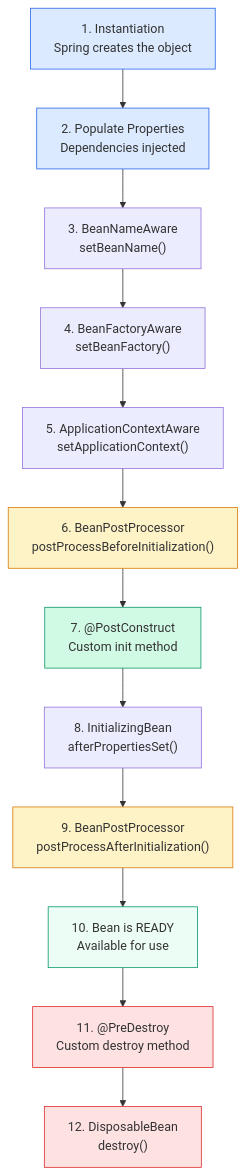
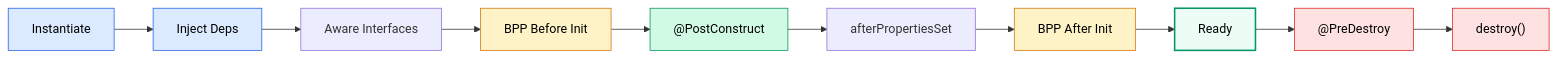
One commit to saivamsikaruturi/vamsilabs-dev-notes-main changed the third of 5 diagrams in docs/springboot/SpringIOC.md. Above: the diagram before and after it, drawn with Mermaid. The commit also changed other lines of this file and 146 other files, not shown here.

Commit message:
Horizontal diagrams, UML class diagrams, typography overhaul, and permalink cleanup

````diff
--- a/docs/springboot/SpringIOC.md
+++ b/docs/springboot/SpringIOC.md
@@ -96,23 +109,21 @@
 ```mermaid
-flowchart TD
-    A["1. Instantiation<br/>Spring creates the object"] --> B["2. Populate Properties<br/>Dependencies injected"]
-    B --> C["3. BeanNameAware<br/>setBeanName()"]
-    C --> D["4. BeanFactoryAware<br/>setBeanFactory()"]
-    D --> E["5. ApplicationContextAware<br/>setApplicationContext()"]
-    E --> F["6. BeanPostProcessor<br/>postProcessBeforeInitialization()"]
-    F --> G["7. @PostConstruct<br/>Custom init method"]
-    G --> H["8. InitializingBean<br/>afterPropertiesSet()"]
-    H --> I["9. BeanPostProcessor<br/>postProcessAfterInitialization()"]
-    I --> J["10. Bean is READY<br/>Available for use"]
-    J --> K["11. @PreDestroy<br/>Custom destroy method"]
-    K --> L["12. DisposableBean<br/>destroy()"]
+flowchart LR
+    A["Instantiate"] --> B["Inject Deps"]
+    B --> C["Aware Interfaces"]
+    C --> D["BPP Before Init"]
+    D --> E["@PostConstruct"]
+    E --> F["afterPropertiesSet"]
+    F --> G["BPP After Init"]
+    G --> H["Ready"]
+    H --> I["@PreDestroy"]
+    I --> J["destroy()"]
 
-    style A fill:#DBEAFE,stroke:#2563EB
-    style B fill:#DBEAFE,stroke:#2563EB
-    style F fill:#FEF3C7,stroke:#D97706
-    style G fill:#D1FAE5,stroke:#059669
-    style I fill:#FEF3C7,stroke:#D97706
-    style J fill:#ECFDF5,stroke:#059669
-    style K fill:#FEE2E2,stroke:#DC2626
-    style L fill:#FEE2E2,stroke:#DC2626
+    style A fill:#DBEAFE,stroke:#2563EB,color:#000
+    style B fill:#DBEAFE,stroke:#2563EB,color:#000
+    style D fill:#FEF3C7,stroke:#D97706,color:#000
+    style E fill:#D1FAE5,stroke:#059669,color:#000
+    style G fill:#FEF3C7,stroke:#D97706,color:#000
+    style H fill:#ECFDF5,stroke:#059669,stroke-width:2px,color:#000
+    style I fill:#FEE2E2,stroke:#DC2626,color:#000
+    style J fill:#FEE2E2,stroke:#DC2626,color:#000
 ```
````
